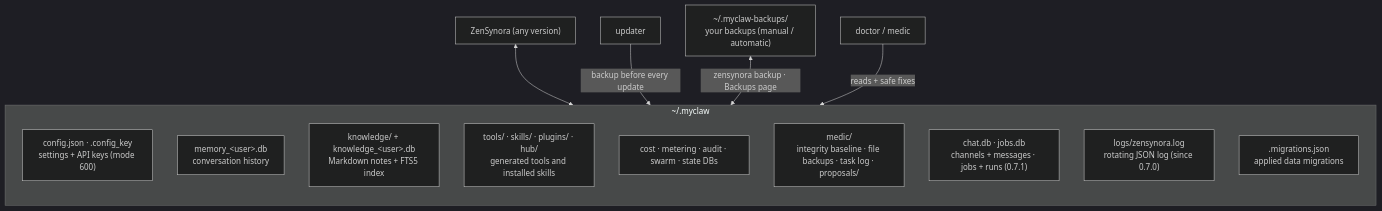
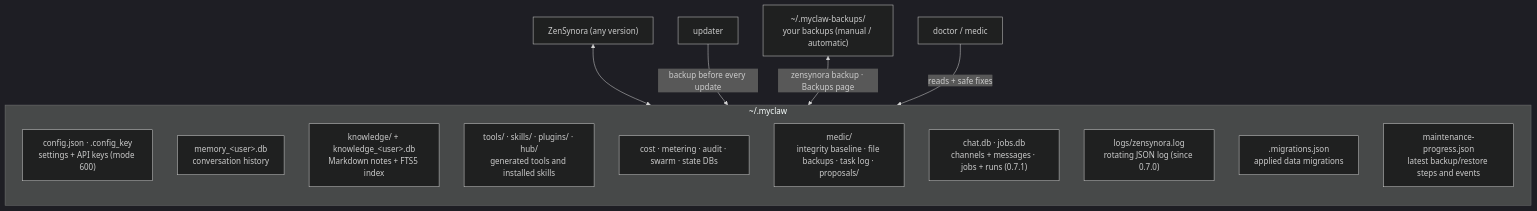
Before and after one commit to adrianx26/zensynora: the eighth of 22 diagrams in docs/architecture_diagram.md, drawn with Mermaid (dark theme). The commit also changed other lines of this file and 67 other files, not shown here.

````diff
--- a/docs/architecture_diagram.md
+++ b/docs/architecture_diagram.md
@@ -307,19 +309,20 @@
 ```mermaid
 flowchart TB
     subgraph data["~/.myclaw"]
         direction TB
         cfgf["config.json · .config_key<br/>settings + API keys (mode 600)"]
         mem["memory_&lt;user&gt;.db<br/>conversation history"]
         kdb["knowledge/ + knowledge_&lt;user&gt;.db<br/>Markdown notes + FTS5 index"]
         tlb["tools/ · skills/ · plugins/ · hub/<br/>generated tools and installed skills"]
         misc["cost · metering · audit · swarm · state DBs"]
         med["medic/<br/>integrity baseline · file backups · task log · proposals/"]
         chatdb["chat.db · jobs.db<br/>channels + messages · jobs + runs (0.7.1)"]
         logs["logs/zensynora.log<br/>rotating JSON log (since 0.7.0)"]
         mig[".migrations.json<br/>applied data migrations"]
+        progress["maintenance-progress.json<br/>latest backup/restore steps and events"]
     end
     app["ZenSynora (any version)"] <--> data
     upd["updater"] -- "backup before every update" --> data
     bkp["~/.myclaw-backups/<br/>your backups (manual / automatic)"] <-- "zensynora backup · Backups page" --> data
     doc["doctor / medic"] -- "reads + safe fixes" --> data
 ```
````
